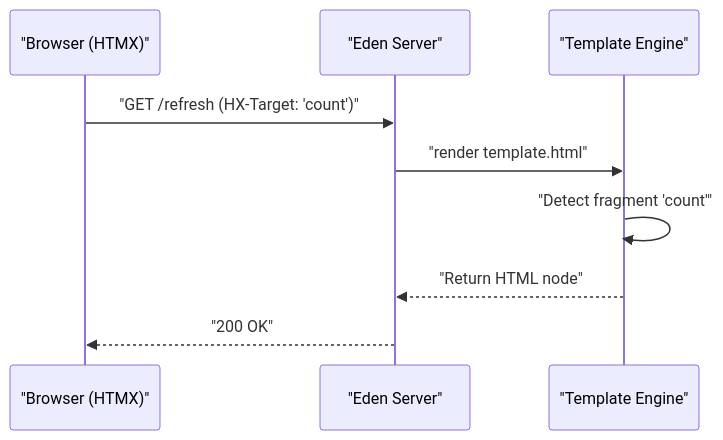
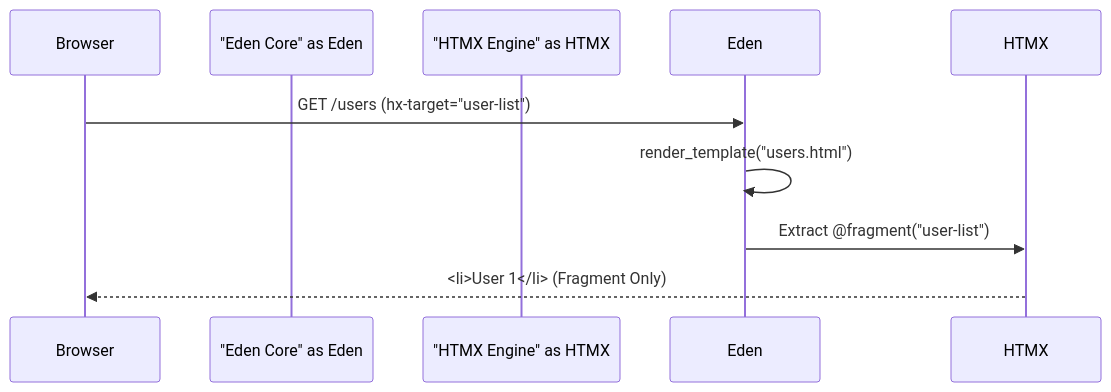
Before and after one commit to kwabenaberko25/eden: the second of 2 diagrams in docs/guides/templating.md, drawn with Mermaid. The commit also changed other lines of this file and 46 other files, not shown here.

````diff
--- a/docs/guides/templating.md
+++ b/docs/guides/templating.md
@@ -200,12 +28,11 @@
 ```mermaid
 sequenceDiagram
-    participant B as "Browser (HTMX)"
-    participant E as "Eden Server"
-    participant T as "Template Engine"
-
-    B->>E: "GET /refresh (HX-Target: 'count')"
-    E->>T: "render template.html"
-    T->>T: "Detect fragment 'count'"
-    T-->>E: "Return HTML node"
-    E-->>B: "200 OK"
+    participant Browser
+    participant "Eden Core" as Eden
+    participant "HTMX Engine" as HTMX
+    
+    Browser->>Eden: GET /users (hx-target="user-list")
+    Eden->>Eden: render_template("users.html")
+    Eden->>HTMX: Extract @fragment("user-list")
+    HTMX-->>Browser: <li>User 1</li> (Fragment Only)
 ```
````
